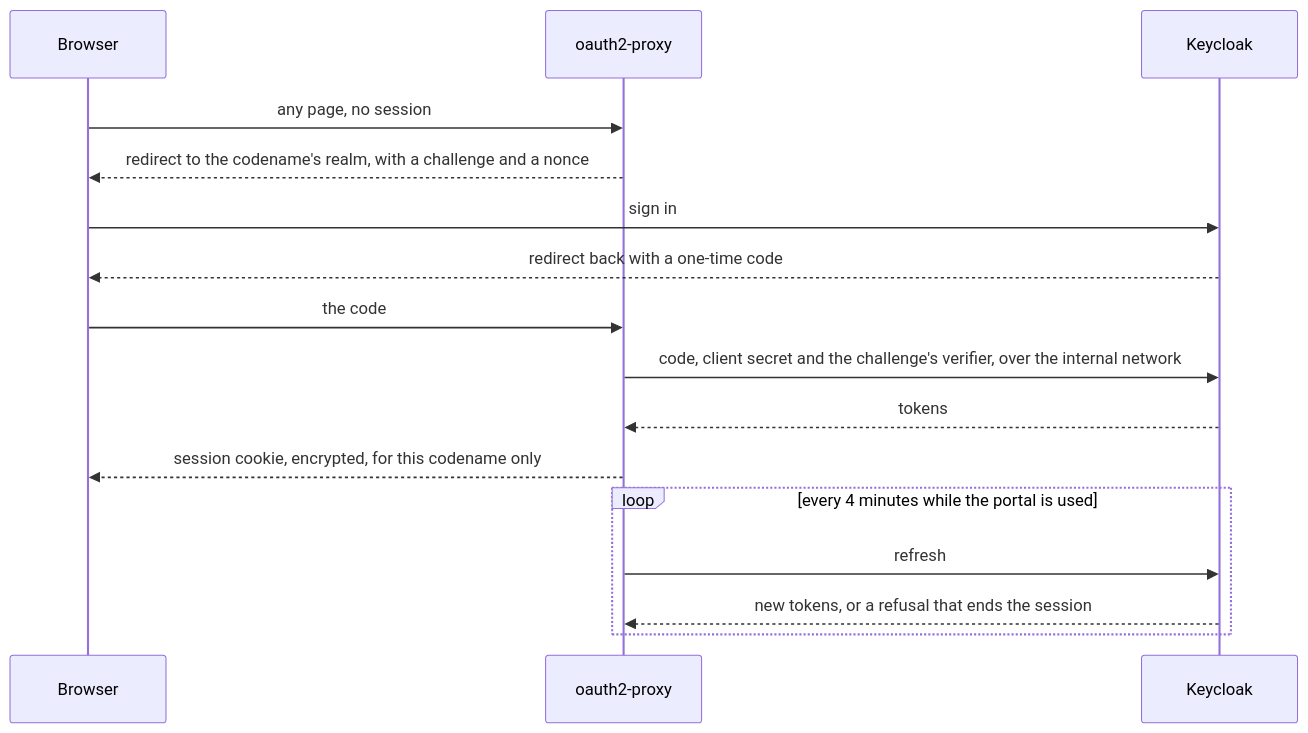
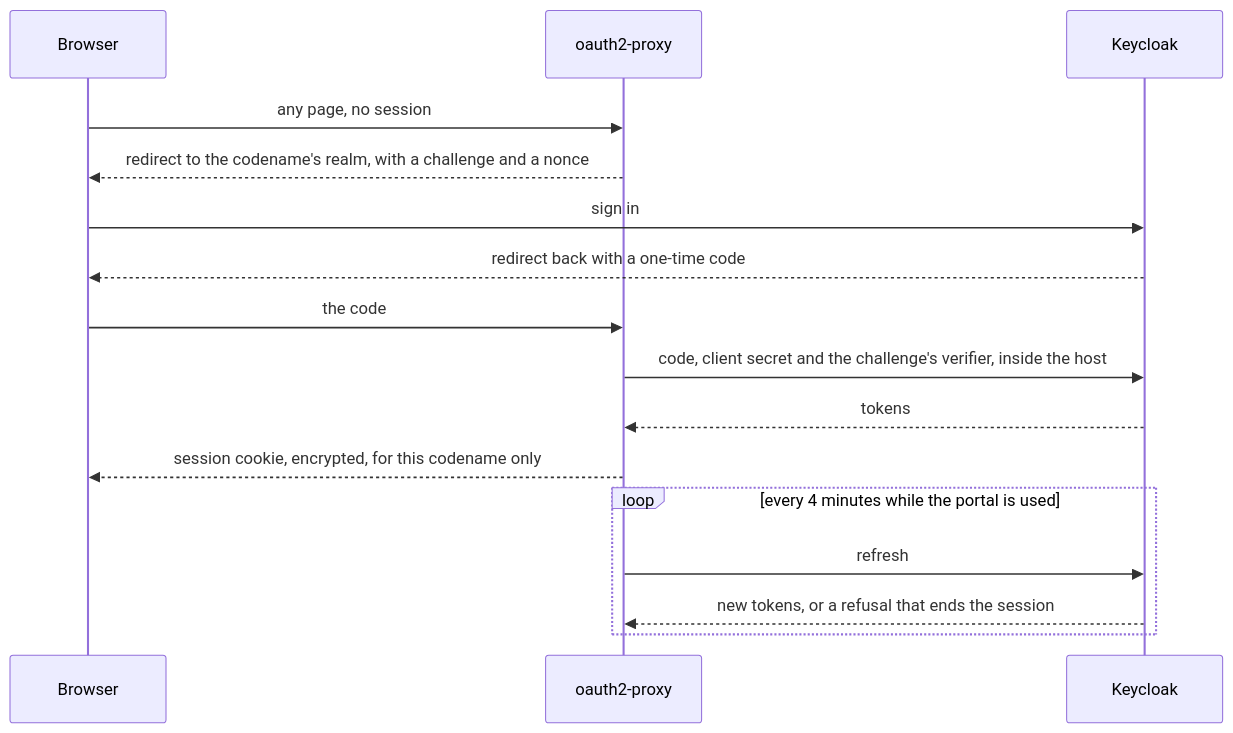
One commit to Sp0Q1/castle changed the third of 3 diagrams in docs/architecture.md. Above: the diagram before and after it, drawn with Mermaid. The commit also changed other lines of this file and 8 other files, not shown here.

````diff
--- a/docs/architecture.md
+++ b/docs/architecture.md
@@ -86,18 +86,18 @@
 ```mermaid
 sequenceDiagram
   participant B as Browser
   participant P as oauth2-proxy
   participant K as Keycloak
   B->>P: any page, no session
   P-->>B: redirect to the codename's realm, with a challenge and a nonce
   B->>K: sign in
   K-->>B: redirect back with a one-time code
   B->>P: the code
-  P->>K: code, client secret and the challenge's verifier, over the internal network
+  P->>K: code, client secret and the challenge's verifier, inside the host
   K-->>P: tokens
   P-->>B: session cookie, encrypted, for this codename only
   loop every 4 minutes while the portal is used
     P->>K: refresh
     K-->>P: new tokens, or a refusal that ends the session
   end
 ```
````
